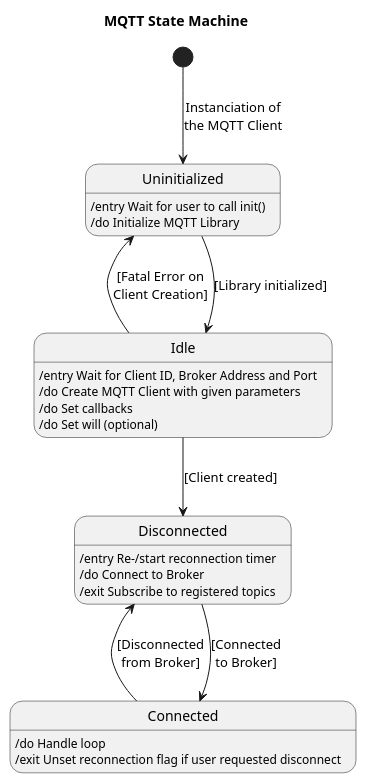
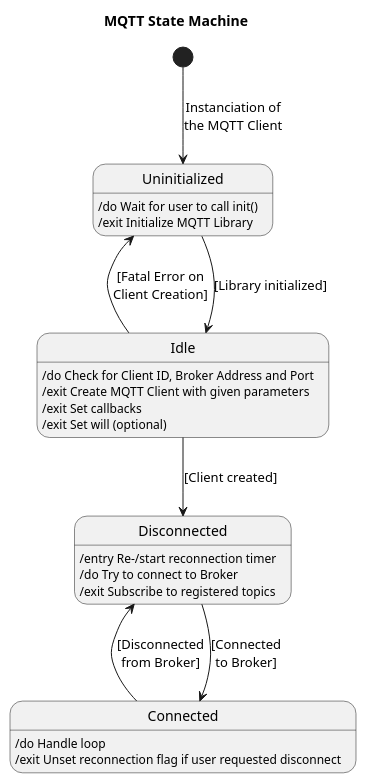
The diagram in doc/architecture/uml/MQTT/StateMachine.puml (BlueAndi/DroidControlShip), drawn with PlantUML before and after one commit.

Commit message:
Fixed state diagram

```diff
--- a/doc/architecture/uml/MQTT/StateMachine.puml
+++ b/doc/architecture/uml/MQTT/StateMachine.puml
@@ -1,36 +1,36 @@
 @startuml MQTT State Machine
 
 Title MQTT State Machine
 hide empty description
 
 
 state "Uninitialized" as Uninitialized
 state "Idle" as Idle
 state "Disconnected" as Disconnected
 state "Connected" as Connected
 
 
-Uninitialized: /entry Wait for user to call init()
-Uninitialized: /do Initialize MQTT Library
+Uninitialized: /do Wait for user to call init()
+Uninitialized: /exit Initialize MQTT Library
 
-Idle: /entry Wait for Client ID, Broker Address and Port
-Idle: /do Create MQTT Client with given parameters
-Idle: /do Set callbacks
-Idle: /do Set will (optional)
+Idle: /do Check for Client ID, Broker Address and Port
+Idle: /exit Create MQTT Client with given parameters
+Idle: /exit Set callbacks
+Idle: /exit Set will (optional)
 
 Disconnected: /entry Re-/start reconnection timer
-Disconnected: /do Connect to Broker
+Disconnected: /do Try to connect to Broker
 Disconnected: /exit Subscribe to registered topics
 
 Connected: /do Handle loop
 Connected: /exit Unset reconnection flag if user requested disconnect
 
 
 [*] --> Uninitialized : Instanciation of\nthe MQTT Client
 Uninitialized --> Idle : [Library initialized]
 Uninitialized <-- Idle : [Fatal Error on\nClient Creation]
 Idle --> Disconnected : [Client created]
 Disconnected --> Connected : [Connected\nto Broker]
 Disconnected <-- Connected : [Disconnected\nfrom Broker]
 
 @enduml
```
